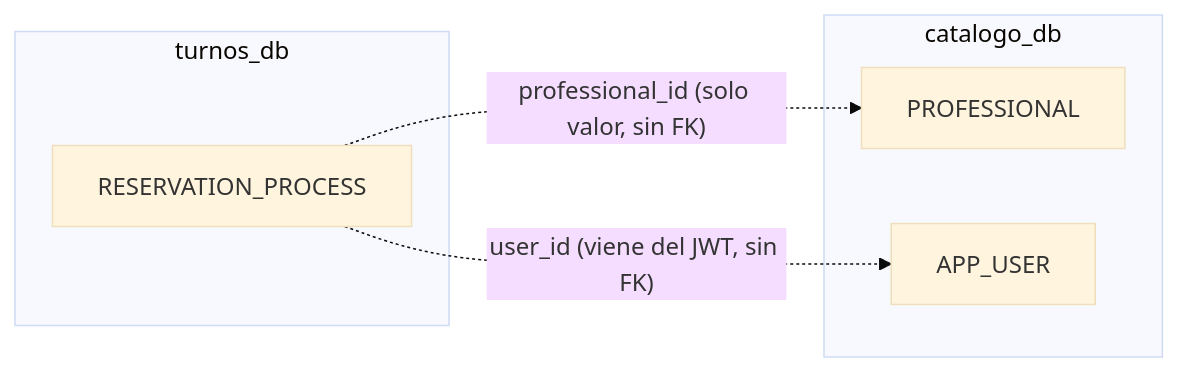
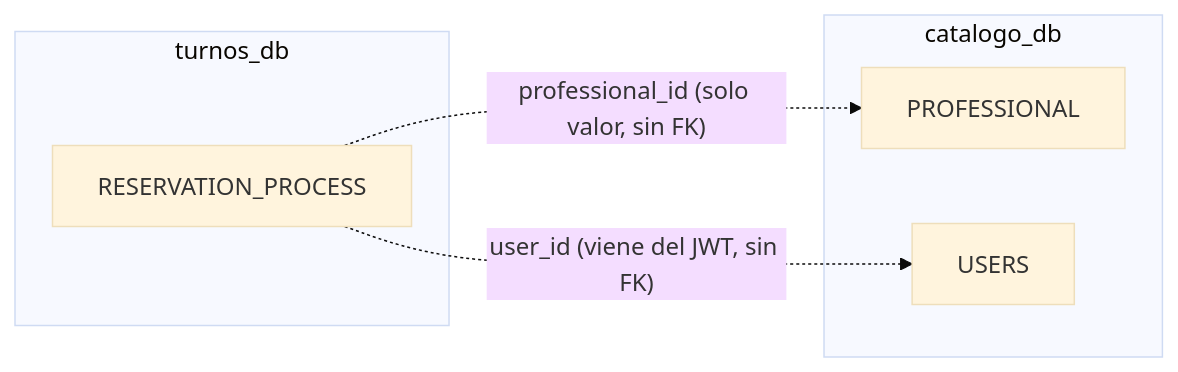
The third of 3 diagrams in diagramas/05-modelo-de-datos.md (Prog2-fzapata/Documentacion), drawn with Mermaid (base theme) before and after one commit. The commit also changed other lines of this file and 8 other files, not shown here.

````diff
--- a/diagramas/05-modelo-de-datos.md
+++ b/diagramas/05-modelo-de-datos.md
@@ -146,12 +146,12 @@
 ```mermaid
 flowchart LR
     subgraph CAT["catalogo_db"]
         P["PROFESSIONAL"]
-        U["APP_USER"]
+        U["USERS"]
     end
     subgraph TUR["turnos_db"]
         R["RESERVATION_PROCESS"]
     end
     R -. "professional_id (solo valor, sin FK)" .-> P
     R -. "user_id (viene del JWT, sin FK)" .-> U
 ```
````
